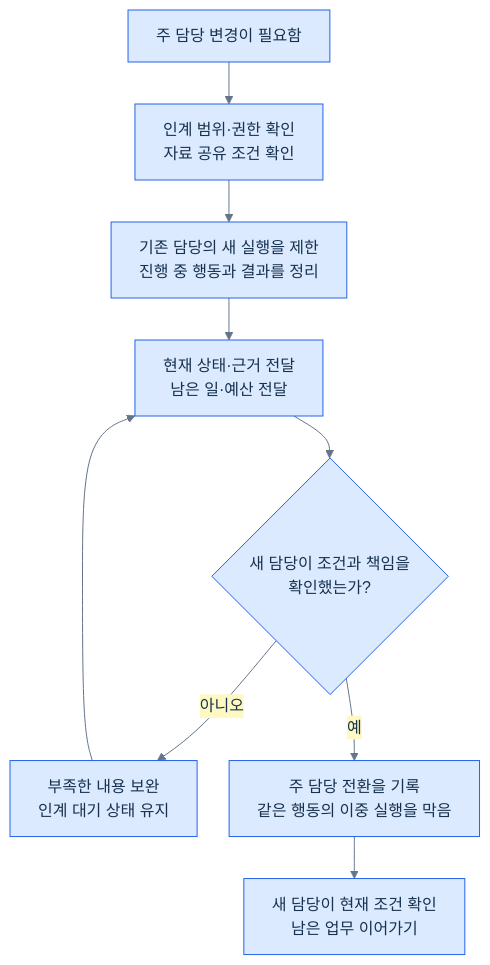
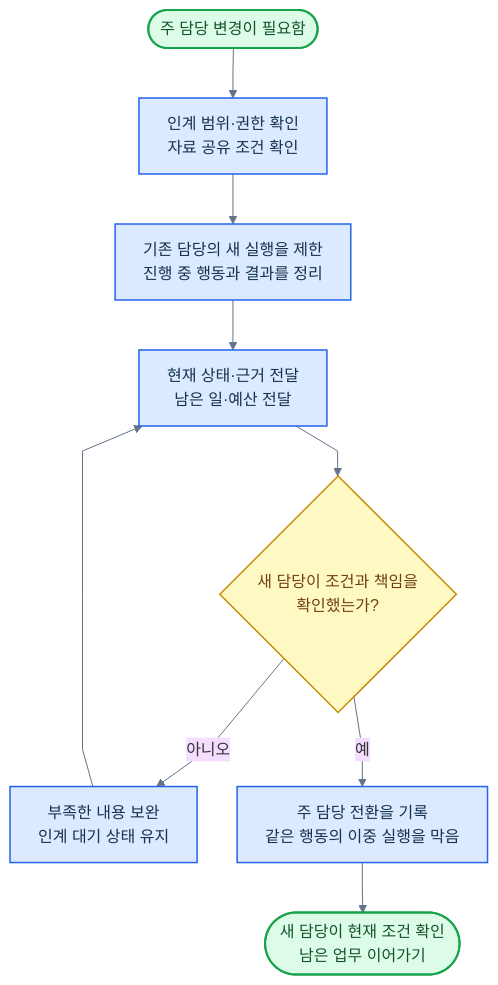
One commit to harisbaguette/expert changed diagram 13 of 17 in 전문가 에이전트 정의 2.md. Above: the diagram before and after it, drawn with Mermaid. The commit also changed other lines of this file, not shown here.

````diff
--- a/전문가 에이전트 정의 2.md
+++ b/전문가 에이전트 정의 2.md
@@ -388,11 +538,21 @@
 ```mermaid
-%%{init: {"theme": "base", "themeVariables": {"fontFamily": "Arial, sans-serif", "fontSize": "16px", "primaryColor": "#dbeafe", "primaryTextColor": "#17314f", "primaryBorderColor": "#2563eb", "lineColor": "#64748b", "secondaryColor": "#fef9c3", "tertiaryColor": "#f8fafc"}, "flowchart": {"curve": "basis", "nodeSpacing": 32, "rankSpacing": 42, "padding": 14, "wrappingWidth": 240, "useMaxWidth": true}}}%%
+%%{init: {"theme":"base","themeVariables":{"fontFamily":"Arial, sans-serif","fontSize":"16px","lineColor":"#64748b"},"flowchart":{"curve":"linear","nodeSpacing":40,"rankSpacing":50,"padding":14,"wrappingWidth":240,"useMaxWidth":true}}}%%
 flowchart TB
-    A["주 담당 변경이 필요함"] --> B["인계 범위·권한 확인<br/>자료 공유 조건 확인"]
-    B --> C["기존 담당의 새 실행을 제한<br/>진행 중 행동과 결과를 정리"]
-    C --> D["현재 상태·근거 전달<br/>남은 일·예산 전달"]
-    D --> E{"새 담당이 조건과 책임을<br/>확인했는가?"}
-    E -->|아니오| F["부족한 내용 보완<br/>인계 대기 상태 유지"] --> D
-    E -->|예| G["주 담당 전환을 기록<br/>같은 행동의 이중 실행을 막음"]
-    G --> H["새 담당이 현재 조건 확인<br/>남은 업무 이어가기"]
+    S(["주 담당 변경이 필요함"])
+    B["인계 범위·권한 확인<br/>자료 공유 조건 확인"]
+    C["기존 담당의 새 실행을 제한<br/>진행 중 행동과 결과를 정리"]
+    D["현재 상태·근거 전달<br/>남은 일·예산 전달"]
+    E{"새 담당이 조건과 책임을<br/>확인했는가?"}
+    F["부족한 내용 보완<br/>인계 대기 상태 유지"]
+    G["주 담당 전환을 기록<br/>같은 행동의 이중 실행을 막음"]
+    H(["새 담당이 현재 조건 확인<br/>남은 업무 이어가기"])
+    S --> B --> C --> D --> E
+    E -->|아니오| F --> D
+    E -->|예| G --> H
+    classDef default fill:#dbeafe,stroke:#2563eb,stroke-width:1.5px,color:#17314f
+    classDef term fill:#dcfce7,stroke:#16a34a,stroke-width:2px,color:#14532d
+    classDef stop fill:#fee2e2,stroke:#dc2626,stroke-width:2px,color:#7f1d1d
+    classDef dec fill:#fef9c3,stroke:#ca8a04,stroke-width:1.5px,color:#713f12
+    class S,H term
+    class E dec
 ```
````
